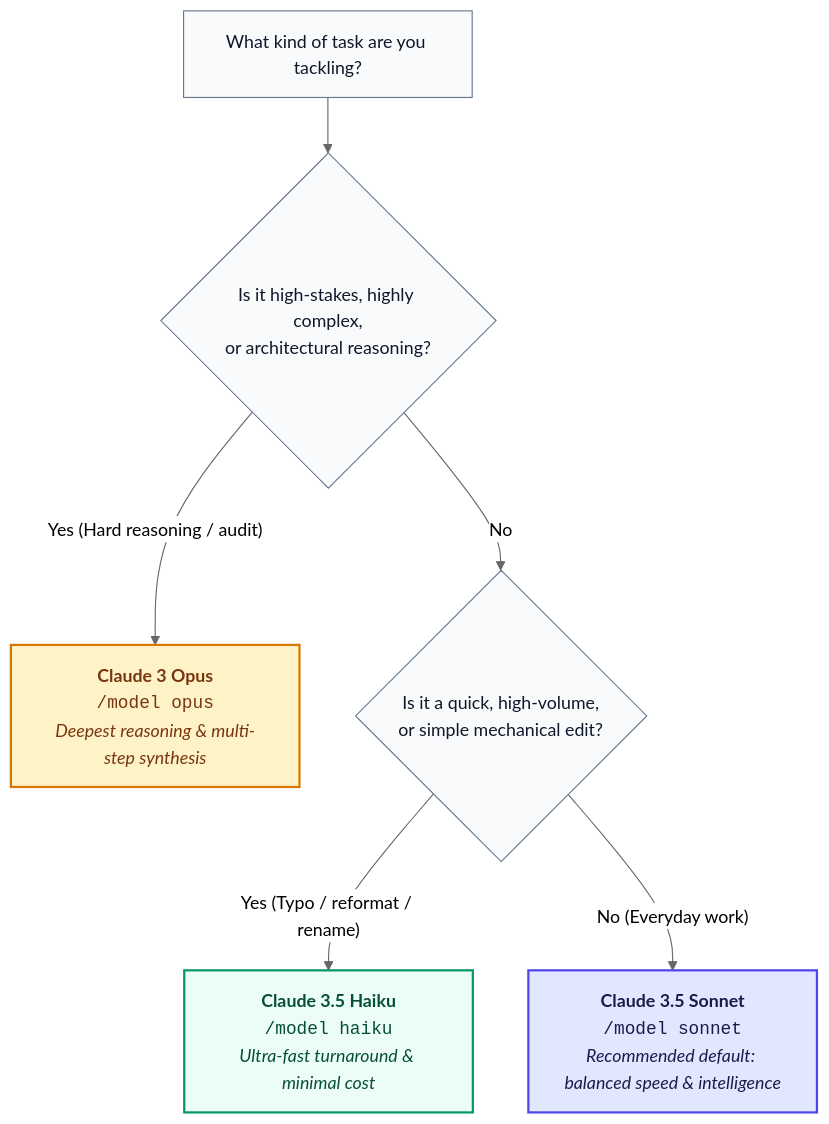
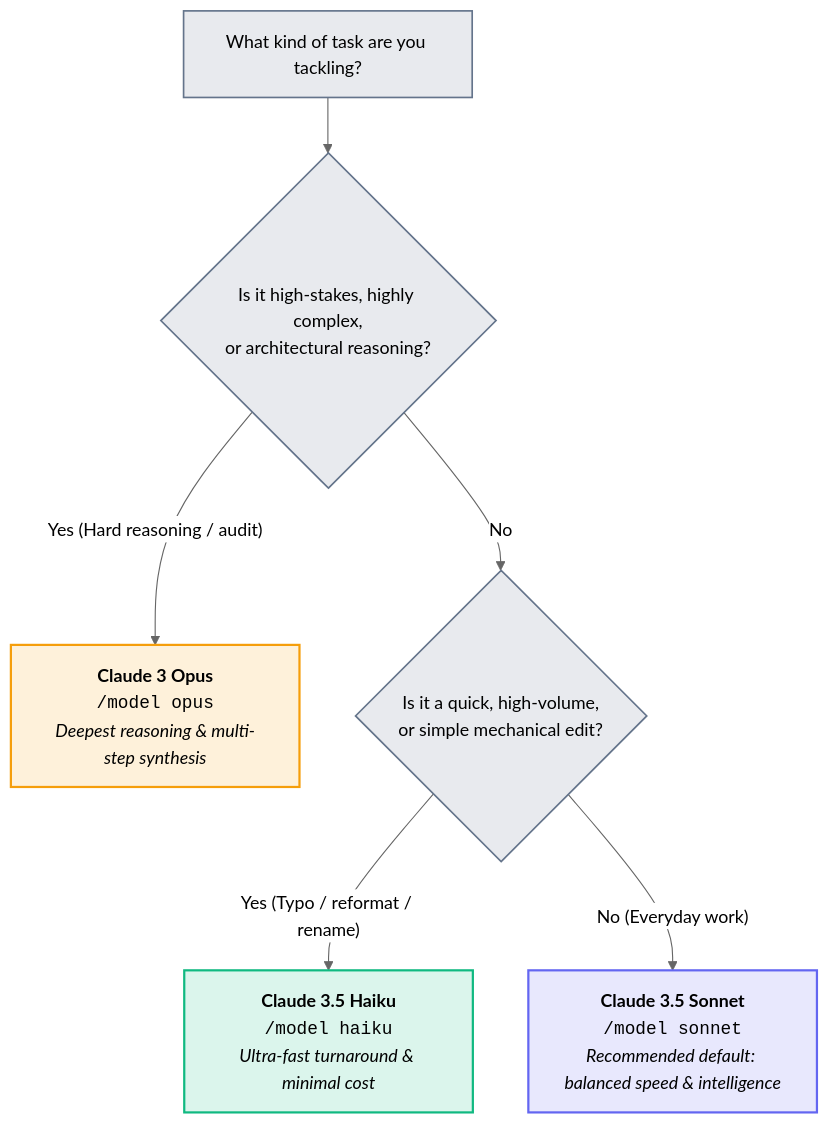
One commit to Sharath-B-7/AI-Learning changed the diagram in docs/foundations/part-b/module-06-types-of-models.md. Above: the diagram before and after it, drawn with Mermaid (neutral theme). The commit also changed 10 other files, not shown here.

````diff
--- a/docs/foundations/part-b/module-06-types-of-models.md
+++ b/docs/foundations/part-b/module-06-types-of-models.md
@@ -43,19 +43,19 @@
 ```mermaid
 flowchart TD
     Start["What kind of task are you tackling?"] --> Q1{"Is it high-stakes, highly complex,<br/>or architectural reasoning?"}
     
     Q1 -- "Yes (Hard reasoning / audit)" --> Opus["<b>Claude 3 Opus</b><br/><code>/model opus</code><br/><i>Deepest reasoning & multi-step synthesis</i>"]
     Q1 -- "No" --> Q2{"Is it a quick, high-volume,<br/>or simple mechanical edit?"}
     
     Q2 -- "Yes (Typo / reformat / rename)" --> Haiku["<b>Claude 3.5 Haiku</b><br/><code>/model haiku</code><br/><i>Ultra-fast turnaround & minimal cost</i>"]
     Q2 -- "No (Everyday work)" --> Sonnet["<b>Claude 3.5 Sonnet</b><br/><code>/model sonnet</code><br/><i>Recommended default: balanced speed & intelligence</i>"]
 
-    classDef defNode fill:#f8fafc,stroke:#64748b,stroke-width:1px,color:#0f172a;
-    classDef sonnetNode fill:#e0e7ff,stroke:#4f46e5,stroke-width:2px,color:#1e1b4b;
-    classDef haikuNode fill:#ecfdf5,stroke:#059669,stroke-width:2px,color:#064e3b;
-    classDef opusNode fill:#fef3c7,stroke:#d97706,stroke-width:2px,color:#78350f;
+    classDef defNode fill:#64748b26,stroke:#64748b,stroke-width:1.5px;
+    classDef sonnetNode fill:#6366f126,stroke:#6366f1,stroke-width:2px;
+    classDef haikuNode fill:#10b98126,stroke:#10b981,stroke-width:2px;
+    classDef opusNode fill:#f59e0b26,stroke:#f59e0b,stroke-width:2px;
     class Start,Q1,Q2 defNode;
     class Sonnet sonnetNode;
     class Haiku haikuNode;
     class Opus opusNode;
 ```
````
